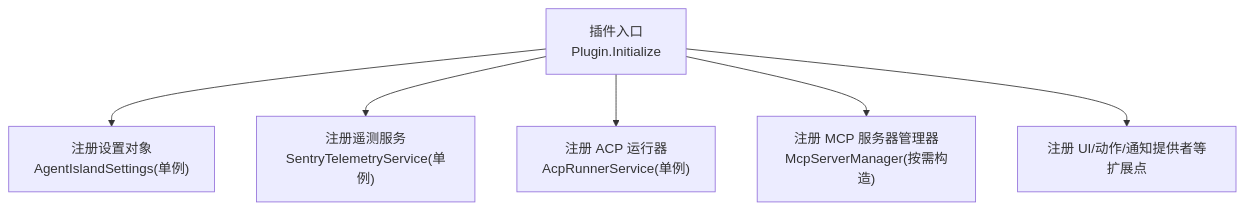
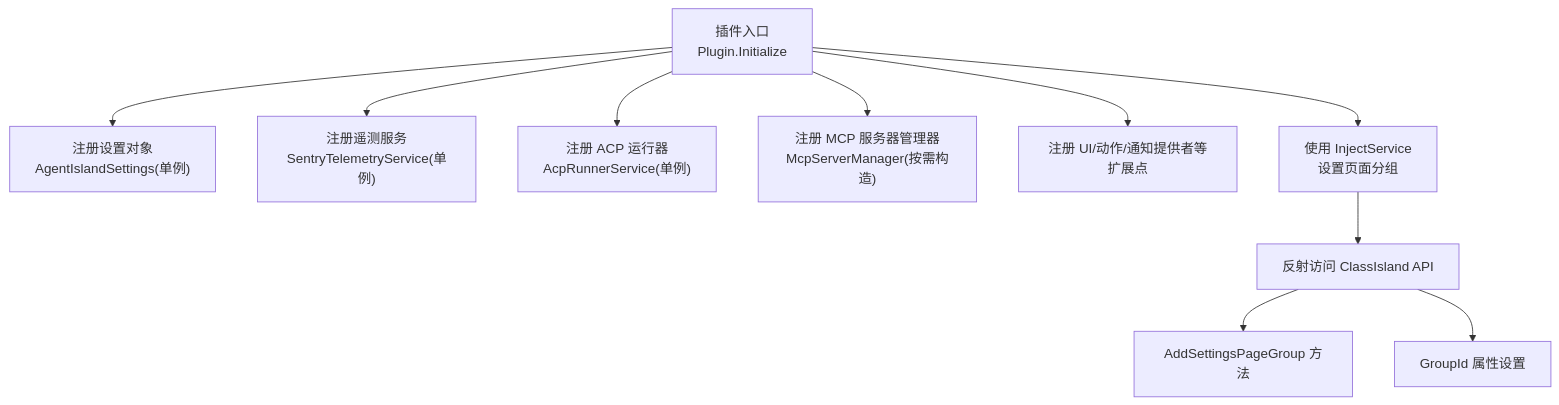
The first of 5 diagrams in .qoder/repowiki/zh/content/架构设计/依赖注入容器.md (ShihaoShenDev/AgentIsland), drawn with Mermaid before and after one commit. The commit also changed other lines of this file and 31 other files, not shown here.

````diff
--- a/.qoder/repowiki/zh/content/架构设计/依赖注入容器.md
+++ b/.qoder/repowiki/zh/content/架构设计/依赖注入容器.md
@@ -40,8 +51,12 @@
 ```mermaid
 graph TB
 A["插件入口<br/>Plugin.Initialize"] --> B["注册设置对象<br/>AgentIslandSettings(单例)"]
 A --> C["注册遥测服务<br/>SentryTelemetryService(单例)"]
 A --> D["注册 ACP 运行器<br/>AcpRunnerService(单例)"]
 A --> E["注册 MCP 服务器管理器<br/>McpServerManager(按需构造)"]
 A --> F["注册 UI/动作/通知提供者等扩展点"]
+A --> G["使用 InjectService<br/>设置页面分组"]
+G --> H["反射访问 ClassIsland API"]
+H --> I["AddSettingsPageGroup 方法"]
+H --> J["GroupId 属性设置"]
 ```
````
